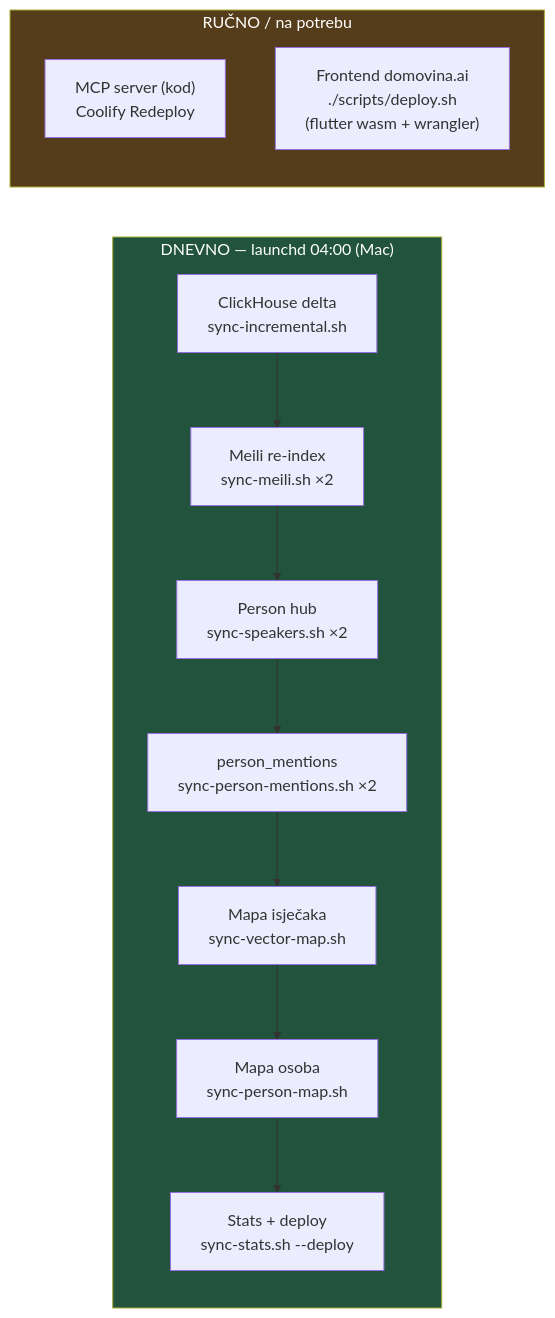
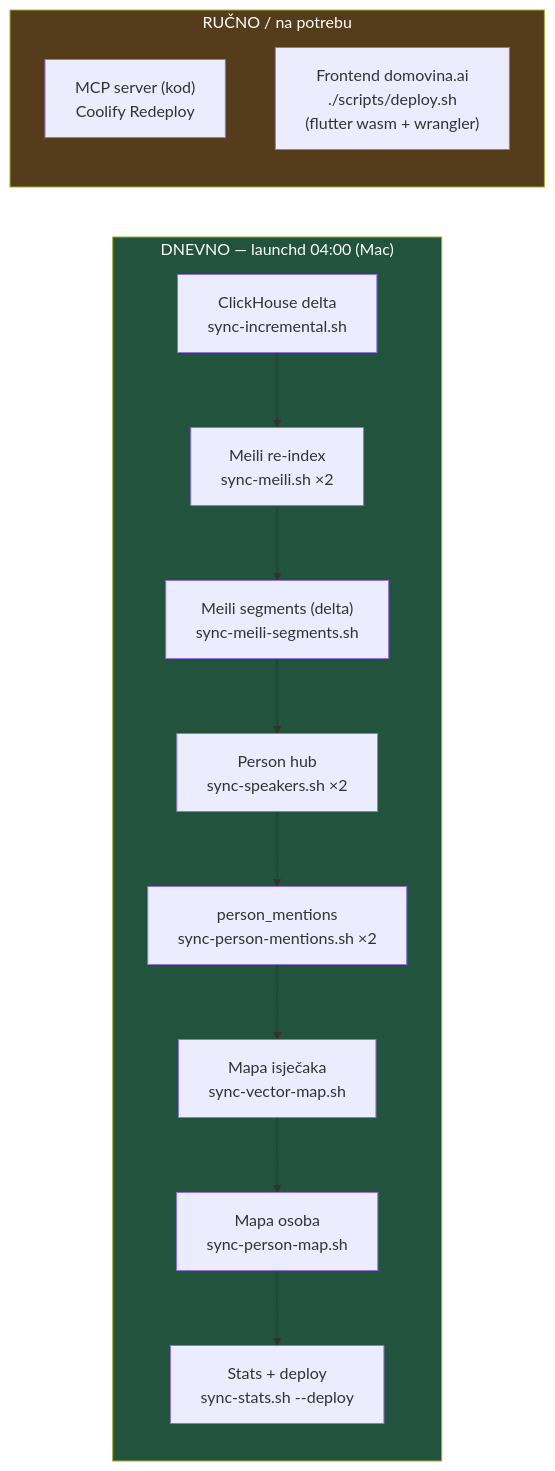
One commit to domovinatv/domovina-rag changed the seventh of 8 diagrams in docs/data-refresh-flow.md. Above: the diagram before and after it, drawn with Mermaid. The commit also changed other lines of this file and 16 other files, not shown here.

First line of the commit message:
feat(mcp): find_in_transcript nad Meili indexom segments (točna sekunda)

````diff
--- a/docs/data-refresh-flow.md
+++ b/docs/data-refresh-flow.md
@@ -222,20 +253,21 @@
 ```mermaid
 flowchart LR
     subgraph DAILY["DNEVNO — launchd 04:00 (Mac)"]
         CH["ClickHouse delta<br/>sync-incremental.sh"]
         ME["Meili re-index<br/>sync-meili.sh ×2"]
+        SG["Meili segments (delta)<br/>sync-meili-segments.sh"]
         SP["Person hub<br/>sync-speakers.sh ×2"]
         PM["person_mentions<br/>sync-person-mentions.sh ×2"]
         VM["Mapa isječaka<br/>sync-vector-map.sh"]
         PMAP["Mapa osoba<br/>sync-person-map.sh"]
         ST["Stats + deploy<br/>sync-stats.sh --deploy"]
-        CH --> ME --> SP --> PM --> VM --> PMAP --> ST
+        CH --> ME --> SG --> SP --> PM --> VM --> PMAP --> ST
     end
     subgraph MANUAL["RUČNO / na potrebu"]
         MCPD["MCP server (kod)<br/>Coolify Redeploy"]
         FE["Frontend domovina.ai<br/>./scripts/deploy.sh<br/>(flutter wasm + wrangler)"]
     end
 
     style DAILY fill:#22543d,color:#fff
     style MANUAL fill:#553c1a,color:#fff
 ```
````
